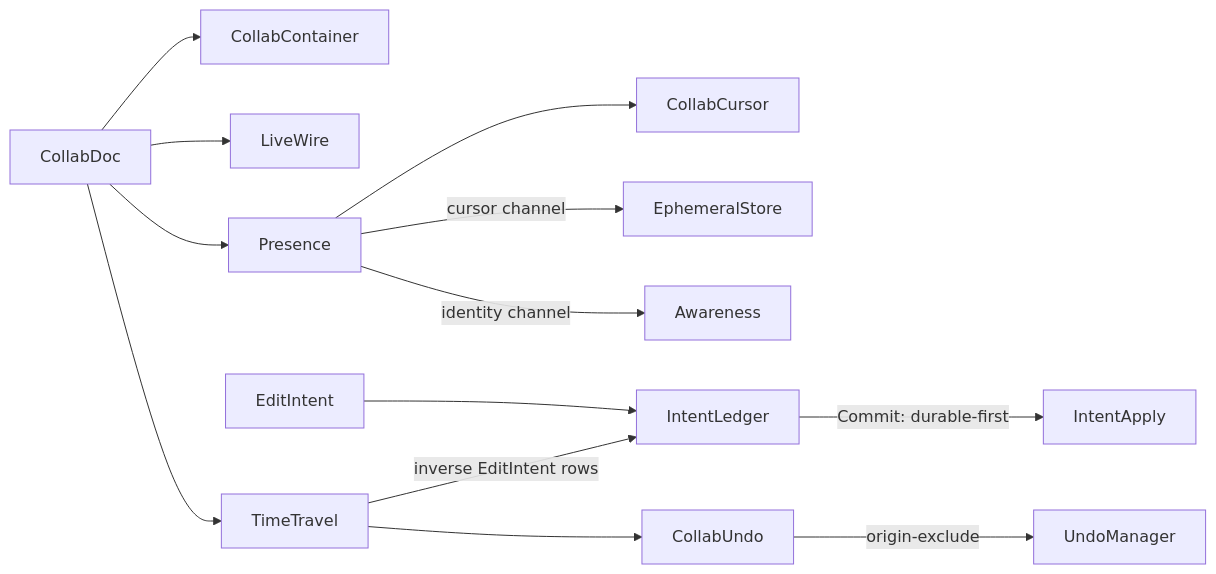
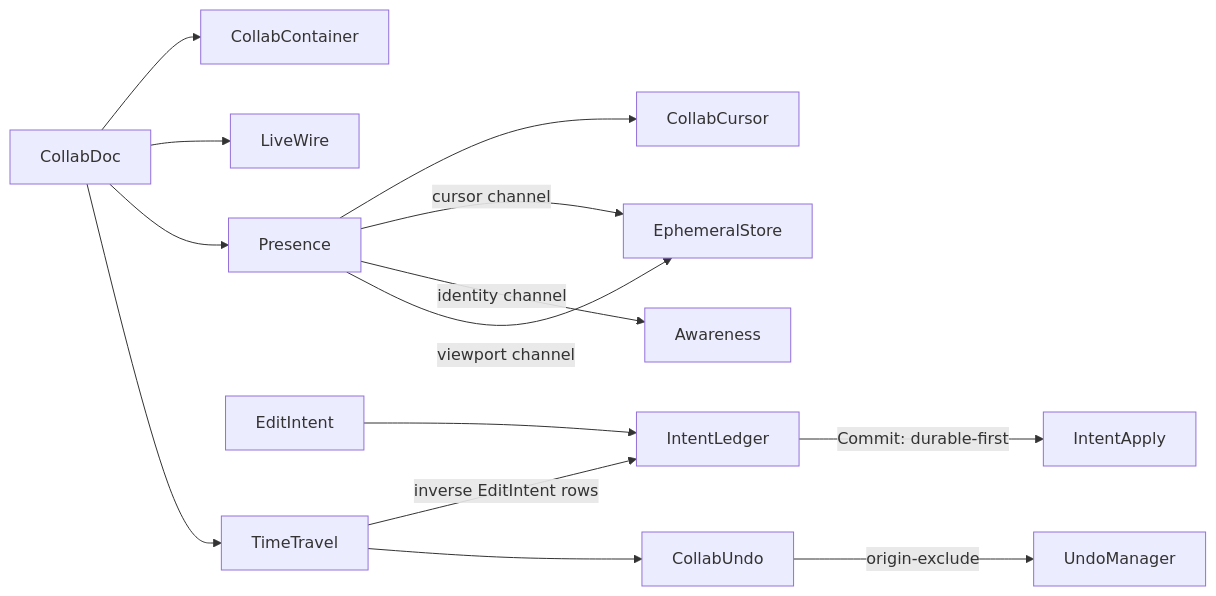
The second of 2 diagrams in libs/csharp/Rasm.AppUi/.planning/Collab/sync.md (bsamiee/Rasm), drawn with Mermaid before and after one commit. The commit also changed other lines of this file and 64 other files, not shown here.

````diff
--- a/libs/csharp/Rasm.AppUi/.planning/Collab/sync.md
+++ b/libs/csharp/Rasm.AppUi/.planning/Collab/sync.md
@@ -581,15 +682,16 @@
 ```mermaid
 flowchart LR
     CollabDoc --> CollabContainer
     CollabDoc --> LiveWire
     CollabDoc --> Presence
     EditIntent --> IntentLedger
     IntentLedger -->|Commit: durable-first| IntentApply
     Presence --> CollabCursor
     Presence -->|cursor channel| EphemeralStore
     Presence -->|identity channel| Awareness
+    Presence -->|viewport channel| EphemeralStore
     CollabDoc --> TimeTravel
     TimeTravel -->|inverse EditIntent rows| IntentLedger
     TimeTravel --> CollabUndo
     CollabUndo -->|origin-exclude| UndoManager
 ```
````
